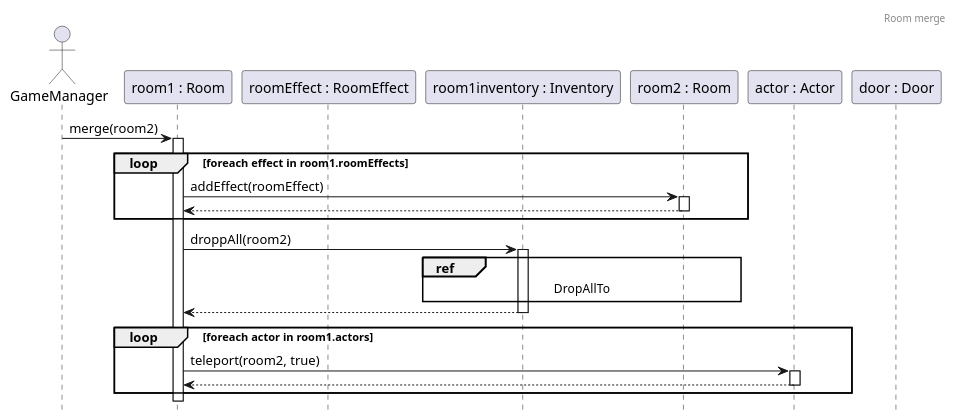
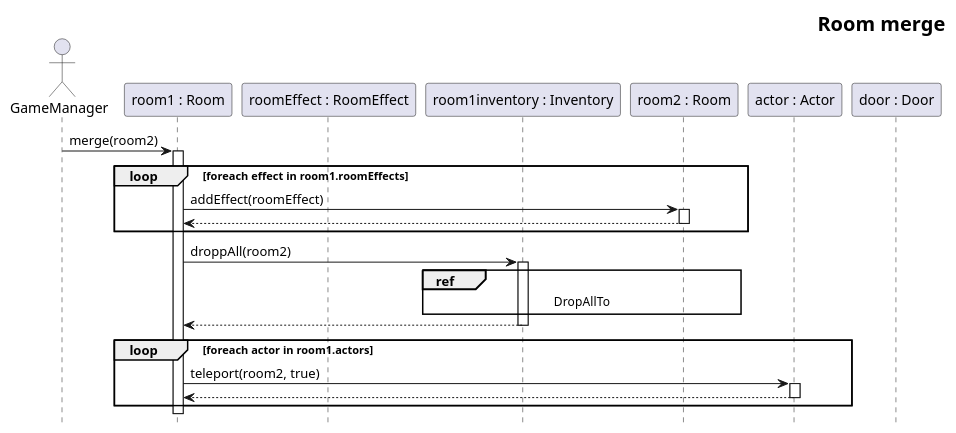
Before and after one commit to Kristof-me/Logarlec: the diagram in docs/sequence/room/RoomMerge.puml, drawn with PlantUML. The commit also changed 9 other files, not shown here.

```diff
--- a/docs/sequence/room/RoomMerge.puml
+++ b/docs/sequence/room/RoomMerge.puml
@@ -1,52 +1,55 @@
 @startuml RoomMerge
+skinparam headerFontSize 20
+skinparam HeaderFontColor #000000
+skinparam HeaderFontStyle bold
 header Room merge
 hide footbox
 
 ' actor gm as "GameManager"
 ' participant r2 as "room2 : Room"
 ' participant r1 as "room1 : Room"
 
 ' gm -> r1 ++: merge(room2)
 ' return
 
 ' note over r1
 '     a beolvadás a room1 belső működése
 ' end note
 
 
 ' látványosabb lenne, ha a room1 olvadna bele ilyenkor 
 ' a room2-be, mert akkor több függvényhívást használnánk
 ' így csak belső működés az egész
 
 ' lentebb itthagyom a látványosabb változatot, de
 ' lehet ez egy külön diagrammra kéne és innen csak megreferálni
 
 actor gm as "GameManager"
 participant r1 as "room1 : Room"
 participant effect as "roomEffect : RoomEffect"
 participant r1i as "room1inventory : Inventory"
 participant r2 as "room2 : Room"
 participant act as "actor : Actor"
 participant d as "door : Door"
 
 gm -> r1 ++ : merge(room2)
 
 loop foreach effect in room1.roomEffects
     r1 -> r2 ++ : addEffect(roomEffect)
     return
 end
 
 r1 -> r1i ++: droppAll(room2)
     ref over r1i, r2
         DropAllTo
     end ref
 return
 
 loop foreach actor in room1.actors
     r1 -> act ++: teleport(room2, true)
     return
 end
 
 ' door update is missing, it's too much work and not necessary (I guess)
 
 @enduml
```
